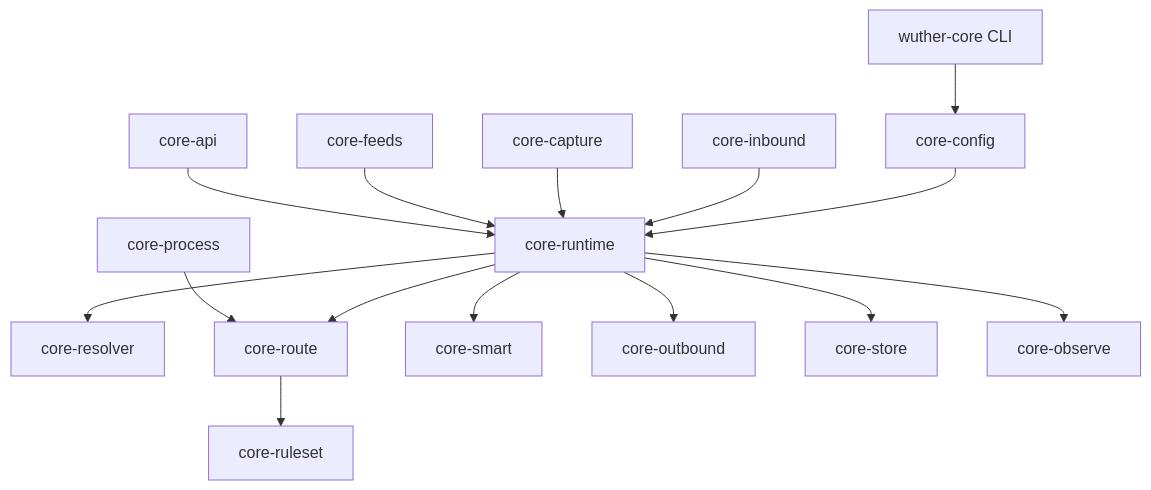
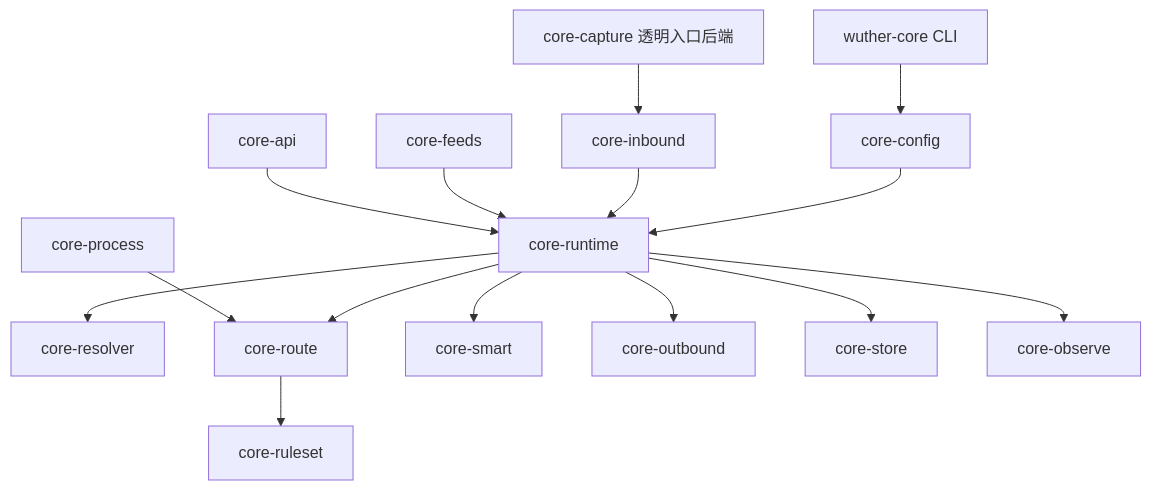
One commit to 947409161/WutherCore changed the first of 2 diagrams in docs/ARCHITECTURE.md. Above: the diagram before and after it, drawn with Mermaid. The commit also changed other lines of this file and 39 other files, not shown here.

````diff
--- a/docs/ARCHITECTURE.md
+++ b/docs/ARCHITECTURE.md
@@ -7,19 +7,19 @@
 ```mermaid
 flowchart TB
     CLI["wuther-core CLI"] --> Config["core-config"]
     Config --> Runtime["core-runtime"]
 
     Inbound["core-inbound"] --> Runtime
-    Capture["core-capture"] --> Runtime
+    Capture["core-capture 透明入口后端"] --> Inbound
     Runtime --> Resolver["core-resolver"]
     Runtime --> Route["core-route"]
     Route --> Ruleset["core-ruleset"]
     Runtime --> Smart["core-smart"]
     Runtime --> Outbound["core-outbound"]
 
     Feeds["core-feeds"] --> Runtime
     Runtime --> Store["core-store"]
     Runtime --> Observe["core-observe"]
     API["core-api"] --> Runtime
     Process["core-process"] --> Route
 ```
````
